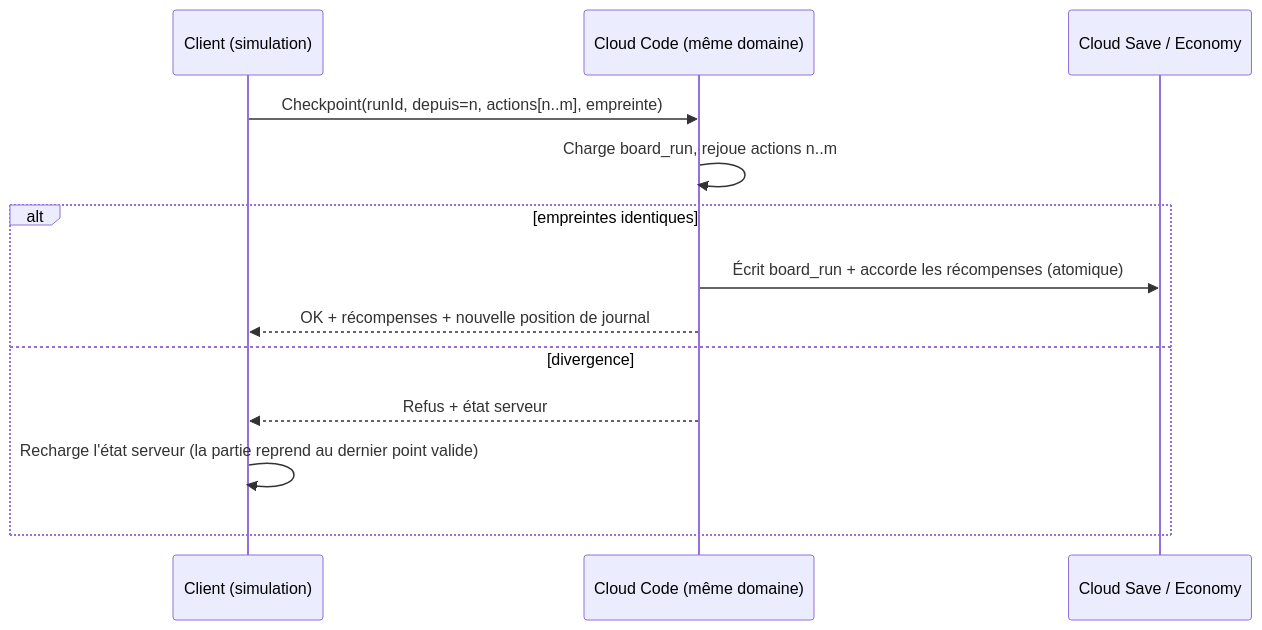
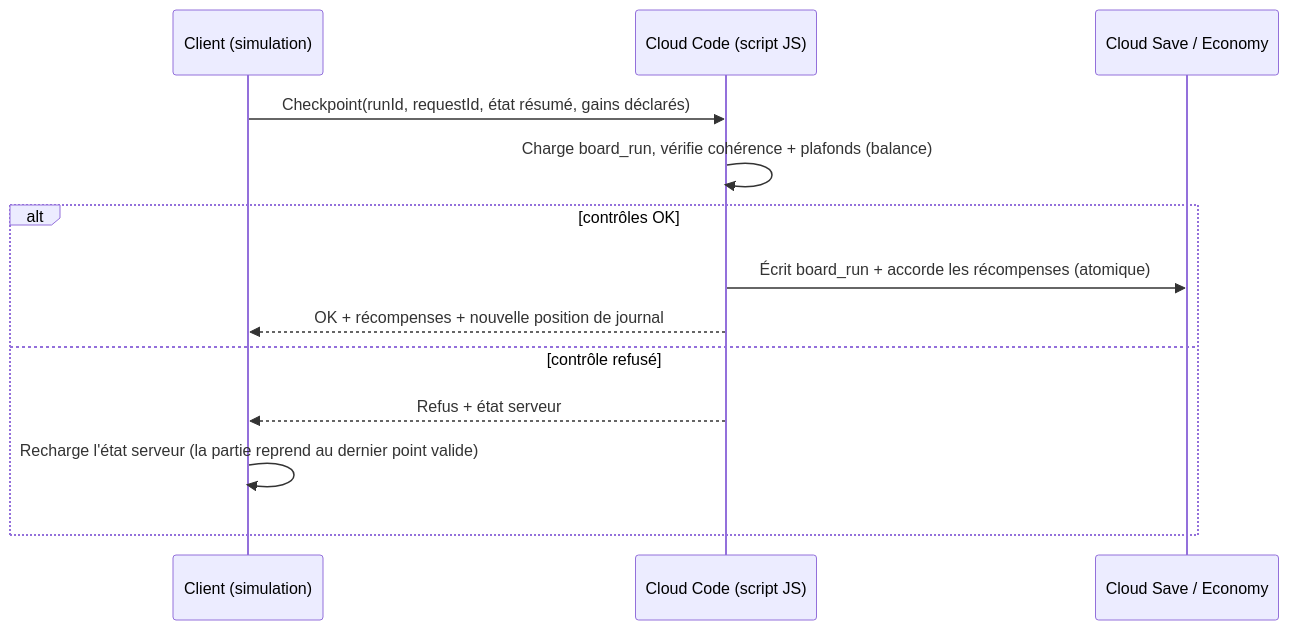
The diagram in 04_Tech_Unity/05_Simulation_Deterministe.md (studio-n29/heroes-dawn), drawn with Mermaid before and after one commit. The commit also changed other lines of this file and 17 other files, not shown here.

````diff
--- a/04_Tech_Unity/05_Simulation_Deterministe.md
+++ b/04_Tech_Unity/05_Simulation_Deterministe.md
@@ -50,15 +52,15 @@
 ```mermaid
 sequenceDiagram
   participant C as Client (simulation)
-  participant CC as Cloud Code (même domaine)
+  participant CC as Cloud Code (script JS)
   participant SV as Cloud Save / Economy
-  C->>CC: Checkpoint(runId, depuis=n, actions[n..m], empreinte)
-  CC->>CC: Charge board_run, rejoue actions n..m
-  alt empreintes identiques
+  C->>CC: Checkpoint(runId, requestId, état résumé, gains déclarés)
+  CC->>CC: Charge board_run, vérifie cohérence + plafonds (balance)
+  alt contrôles OK
     CC->>SV: Écrit board_run + accorde les récompenses (atomique)
     CC-->>C: OK + récompenses + nouvelle position de journal
-  else divergence
+  else contrôle refusé
     CC-->>C: Refus + état serveur
     C->>C: Recharge l'état serveur (la partie reprend au dernier point valide)
   end
 ```
````
